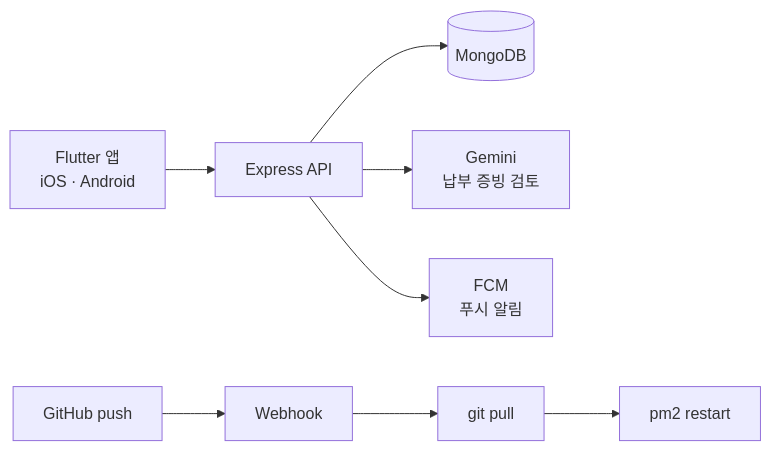
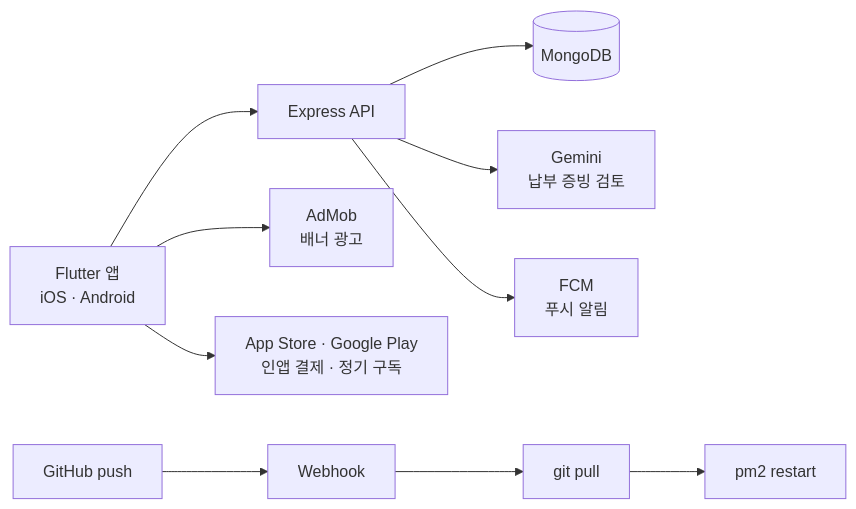
One commit to SSONGDH/SSONGDH changed the second of 5 diagrams in README.md. Above: the diagram before and after it, drawn with Mermaid. The commit also changed other lines of this file and 1 other file, not shown here.

````diff
--- a/README.md
+++ b/README.md
@@ -215,8 +197,10 @@
 ```mermaid
 flowchart LR
     App["Flutter 앱<br/>iOS · Android"] --> API["Express API"]
+    App --> Ads["AdMob<br/>배너 광고"]
+    App --> IAP["App Store · Google Play<br/>인앱 결제 · 정기 구독"]
     API --> DB[("MongoDB")]
     API --> AI["Gemini<br/>납부 증빙 검토"]
     API --> Push["FCM<br/>푸시 알림"]
     Git["GitHub push"] --> Hook["Webhook"] --> Pull["git pull"] --> PM2["pm2 restart"]
 ```
````
